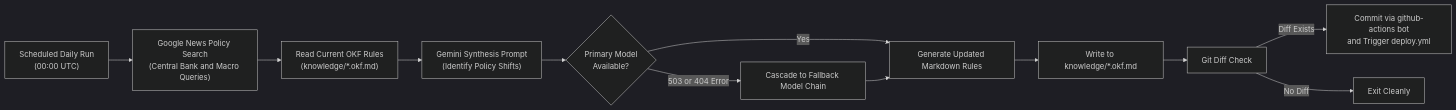
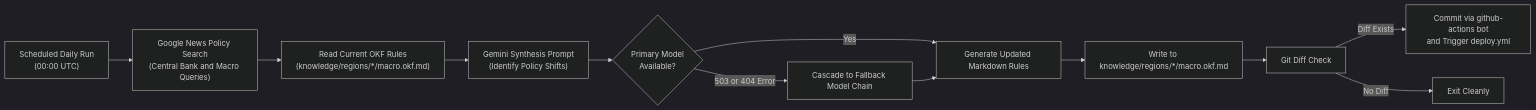
Before and after one commit to Shivam-Jha96/gsp: the third of 4 diagrams in docs/architecture_and_workflow.md, drawn with Mermaid (dark theme). The commit also changed other lines of this file and 19 other files, not shown here.

Commit message:
refactor(knowledge): reorganize regional macro and constituent files into knowledge/regions/<region>/

````diff
--- a/docs/architecture_and_workflow.md
+++ b/docs/architecture_and_workflow.md
@@ -603,14 +603,14 @@
 ```mermaid
 flowchart LR
     A["Scheduled Daily Run<br/>(00:00 UTC)"] --> B["Google News Policy Search<br/>(Central Bank and Macro Queries)"]
-    B --> C["Read Current OKF Rules<br/>(knowledge/*.okf.md)"]
+    B --> C["Read Current OKF Rules<br/>(knowledge/regions/*/macro.okf.md)"]
     C --> D["Gemini Synthesis Prompt<br/>(Identify Policy Shifts)"]
     D --> E{"Primary Model<br/>Available?"}
     E -->|Yes| F["Generate Updated Markdown Rules"]
     E -->|503 or 404 Error| G["Cascade to Fallback Model Chain"]
     G --> F
-    F --> H["Write to knowledge/*.okf.md"]
+    F --> H["Write to knowledge/regions/*/macro.okf.md"]
     H --> I["Git Diff Check"]
     I -->|Diff Exists| J["Commit via github-actions bot<br/>and Trigger deploy.yml"]
     I -->|No Diff| K["Exit Cleanly"]
 ```
````
